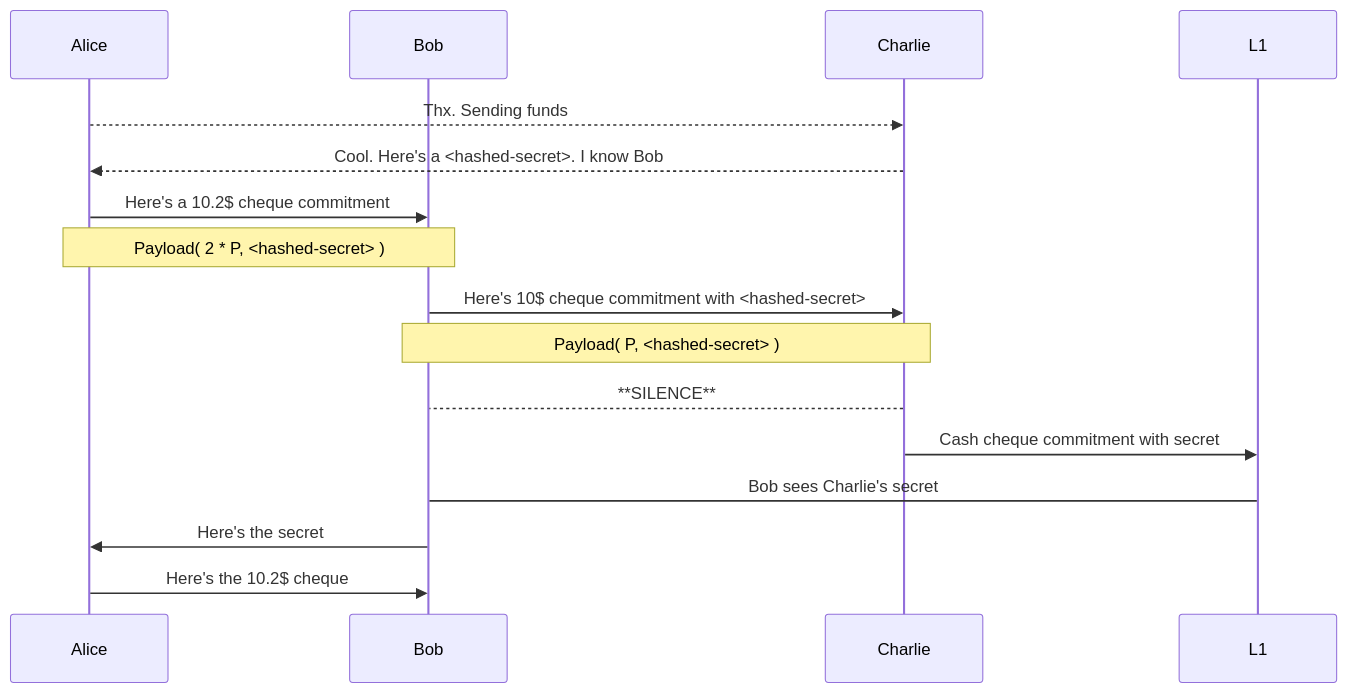
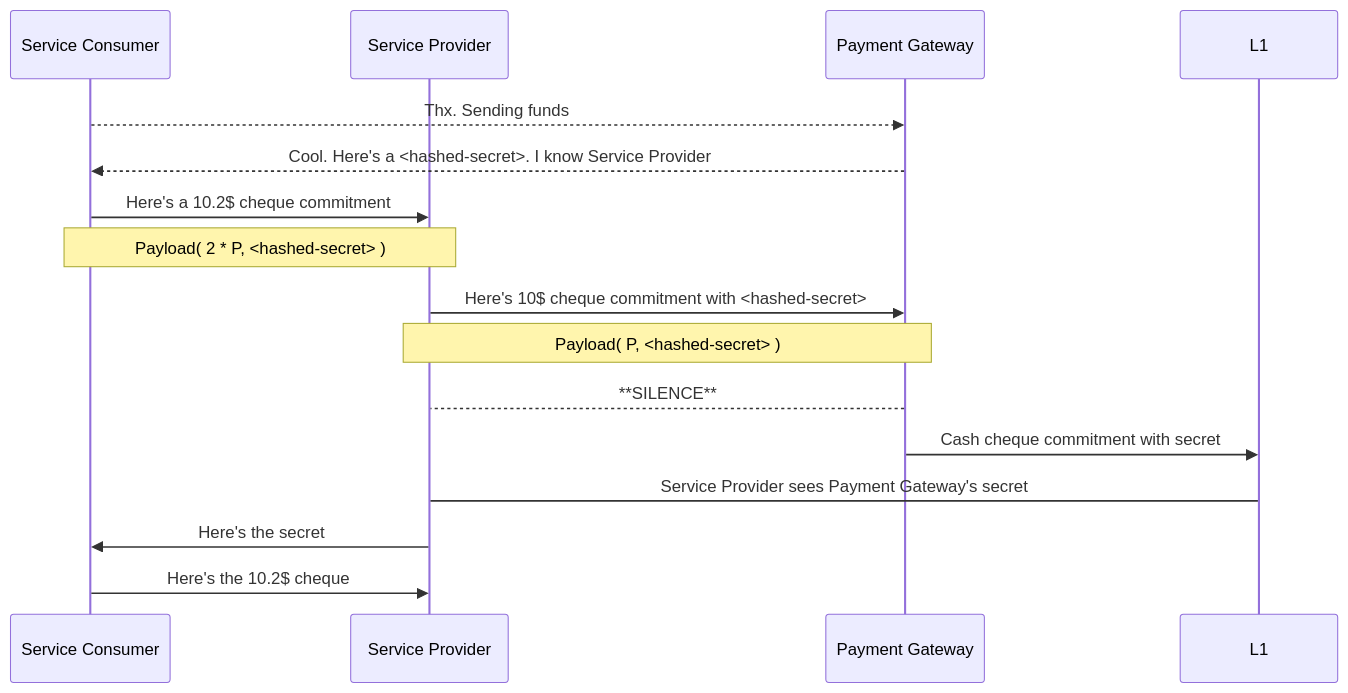
One commit to colll78/cardano-lightning changed the second of 4 diagrams in docs/design-notes.md. Above: the diagram before and after it, drawn with Mermaid. The commit also changed other lines of this file, not shown here.

````diff
--- a/docs/design-notes.md
+++ b/docs/design-notes.md
@@ -97,18 +97,18 @@
 ```mermaid
  sequenceDiagram
-  participant Alice
-  participant Bob
-  participant Charlie
+  participant Service Consumer
+  participant Service Provider
+  participant Payment Gateway
 
-  Alice-->>Charlie: Thx. Sending funds
-  Charlie-->>Alice: Cool. Here's a <hashed-secret>. I know Bob
-  Alice->>Bob: Here's a 10.2$ cheque commitment
-  Note over Alice,Bob: Payload( 2 * P, <hashed-secret> )
-  Bob->>Charlie: Here's 10$ cheque commitment with <hashed-secret>
-  Note over Bob,Charlie: Payload( P, <hashed-secret> )
-  Charlie-->Bob: **SILENCE**
-  Charlie->>L1: Cash cheque commitment with secret
-  Bob->L1: Bob sees Charlie's secret
-  Bob->>Alice: Here's the secret
-  Alice->>Bob: Here's the 10.2$ cheque
+  Service Consumer-->>Payment Gateway: Thx. Sending funds
+  Payment Gateway-->>Service Consumer: Cool. Here's a <hashed-secret>. I know Service Provider
+  Service Consumer->>Service Provider: Here's a 10.2$ cheque commitment
+  Note over Service Consumer,Service Provider: Payload( 2 * P, <hashed-secret> )
+  Service Provider->>Payment Gateway: Here's 10$ cheque commitment with <hashed-secret>
+  Note over Service Provider,Payment Gateway: Payload( P, <hashed-secret> )
+  Payment Gateway-->Service Provider: **SILENCE**
+  Payment Gateway->>L1: Cash cheque commitment with secret
+  Service Provider->L1: Service Provider sees Payment Gateway's secret
+  Service Provider->>Service Consumer: Here's the secret
+  Service Consumer->>Service Provider: Here's the 10.2$ cheque
 ```
````
